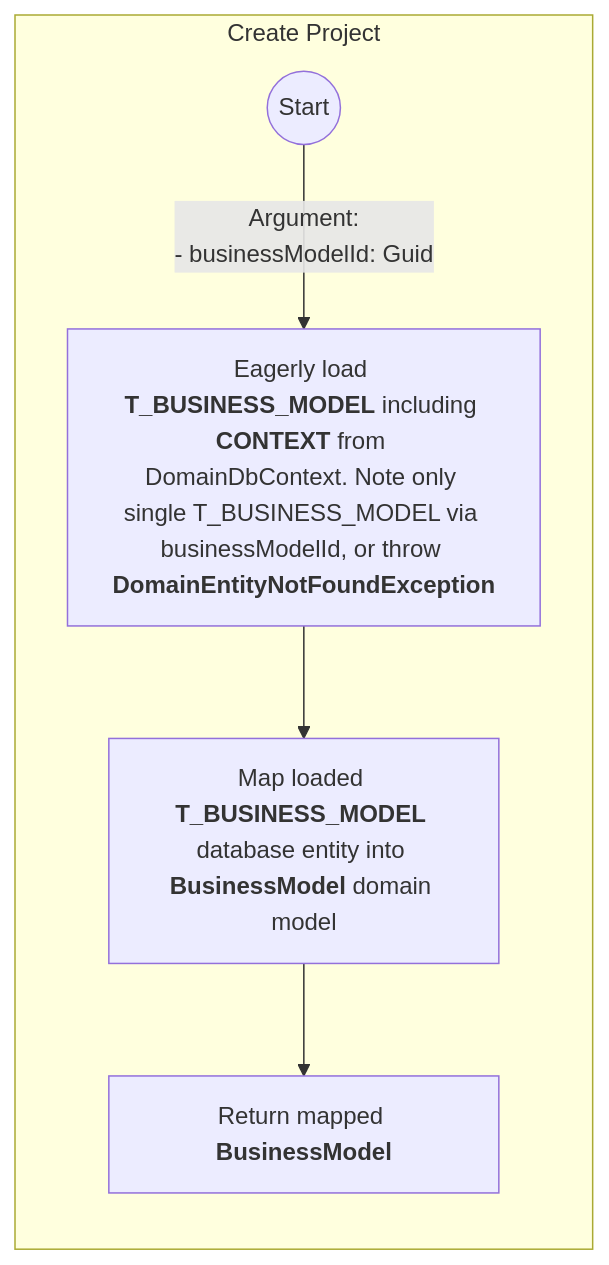
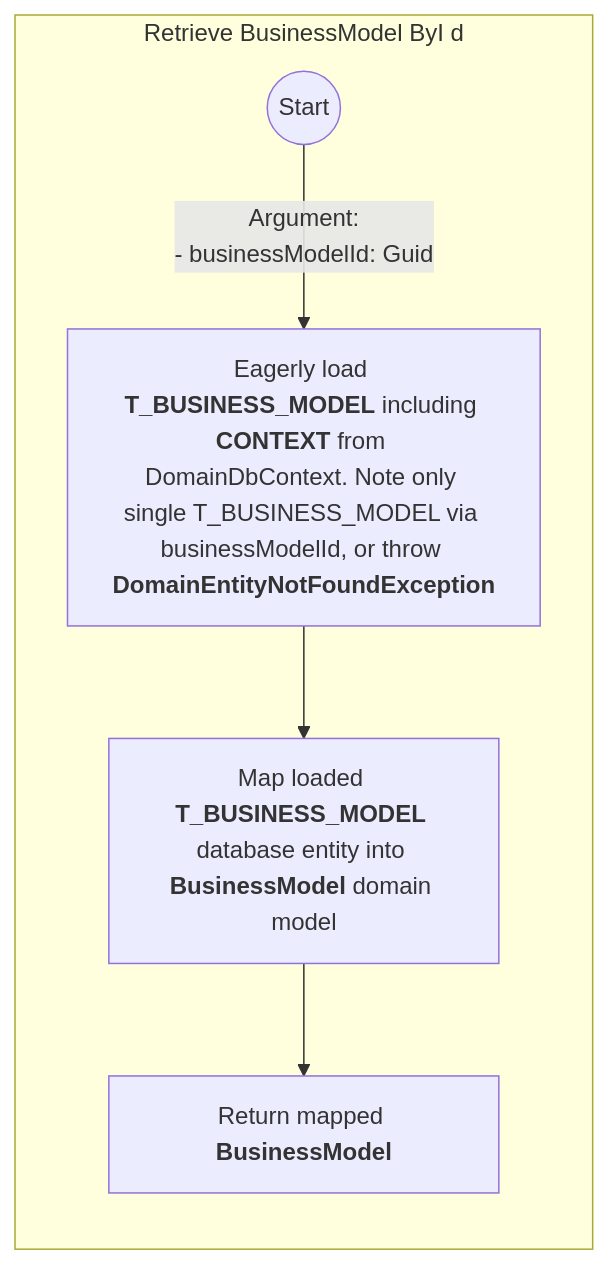
The first of 2 diagrams in AI/Repository/BusinessModelRepository.md (sdlfly2000/DomainBasedDesigner), drawn with Mermaid before and after one commit. The commit also changed other lines of this file and 9 other files, not shown here.

Commit message:
BusinessModelPersistor

````diff
--- a/AI/Repository/BusinessModelRepository.md
+++ b/AI/Repository/BusinessModelRepository.md
@@ -32,11 +32,11 @@
     ```mermaid
         graph TB
-            subgraph main [Create Project]
+            subgraph main [Retrieve BusinessModel ByI d]
                 direction TB
                 start(("Start")) -->
                 |Argument: 
-                - businessModelId: Guid| LoadBusinessModelFromDb["`Eagerly load **T_BUSINESS_MODEL** including **CONTEXT** from DomainDbContext. Note only single T_BUSINESS_MODEL via businessModelId, or throw **DomainEntityNotFoundException**`"] -->
-                MapBusinessModelFromDb["`Map loaded **T_BUSINESS_MODEL** database entity into **BusinessModel** domain model`"] -->
+                - businessModelId: Guid| LoadByIdFromDb["`Eagerly load **T_BUSINESS_MODEL** including **CONTEXT** from DomainDbContext. Note only single T_BUSINESS_MODEL via businessModelId, or throw **DomainEntityNotFoundException**`"] -->
+                MapToBusniessModelDoaminModel["`Map loaded **T_BUSINESS_MODEL** database entity into **BusinessModel** domain model`"] -->
                 return["`Return mapped **BusinessModel**`"]
             end
     ```
````
